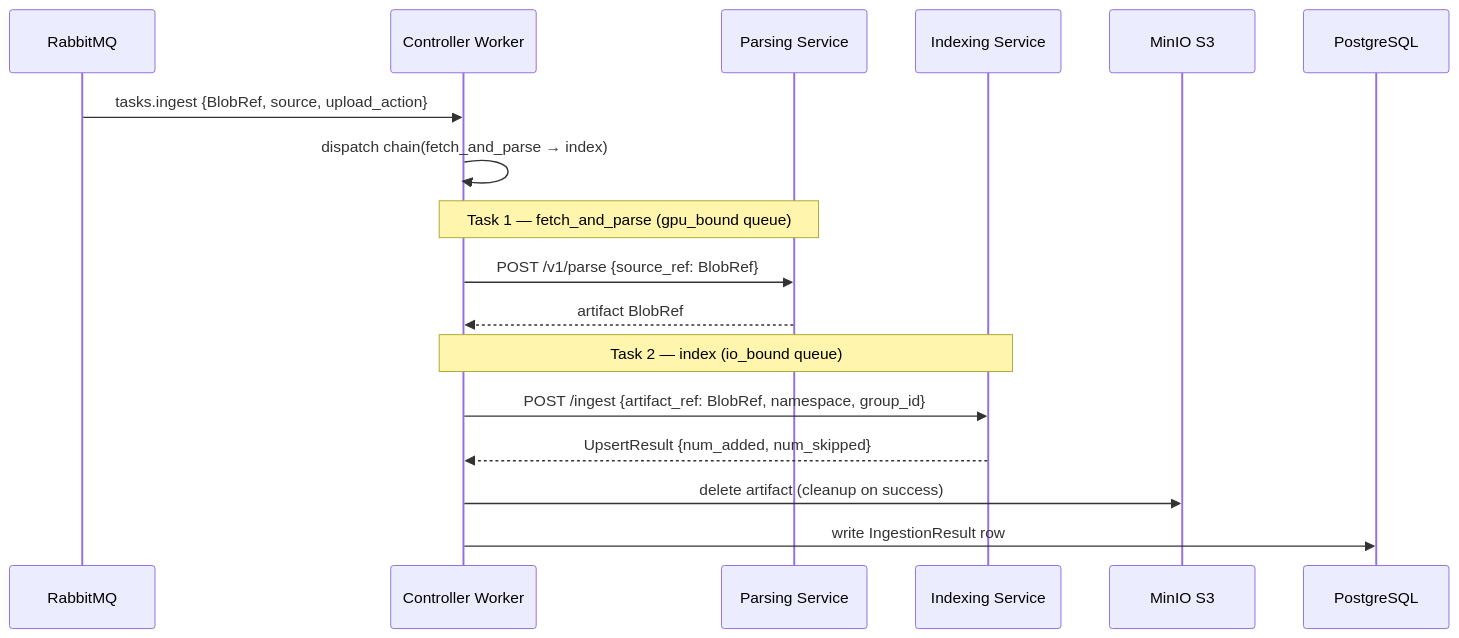
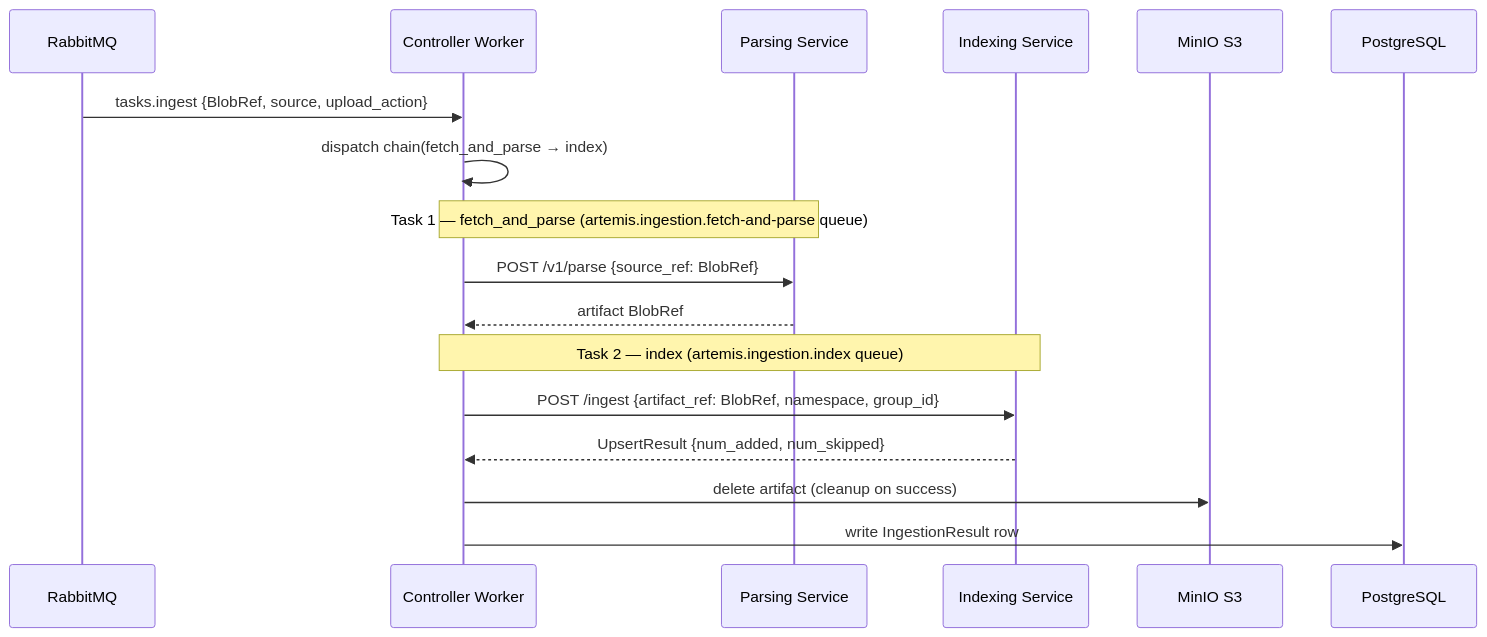
One commit to k-sparrow/artemis changed the second of 4 diagrams in docs/architecture/ingestion-subsystem.md. Above: the diagram before and after it, drawn with Mermaid. The commit also changed 3 other files, not shown here.

````diff
--- a/docs/architecture/ingestion-subsystem.md
+++ b/docs/architecture/ingestion-subsystem.md
@@ -108,23 +108,23 @@
 ```mermaid
 sequenceDiagram
     participant Q as RabbitMQ
     participant CW as Controller Worker
     participant PS as Parsing Service
     participant IS as Indexing Service
     participant S3 as MinIO S3
     participant PG as PostgreSQL
 
     Q->>CW: tasks.ingest {BlobRef, source, upload_action}
     CW->>CW: dispatch chain(fetch_and_parse → index)
 
-    note over CW,PS: Task 1 — fetch_and_parse (gpu_bound queue)
+    note over CW,PS: Task 1 — fetch_and_parse (artemis.ingestion.fetch-and-parse queue)
     CW->>PS: POST /v1/parse {source_ref: BlobRef}
     PS-->>CW: artifact BlobRef
 
-    note over CW,IS: Task 2 — index (io_bound queue)
+    note over CW,IS: Task 2 — index (artemis.ingestion.index queue)
     CW->>IS: POST /ingest {artifact_ref: BlobRef, namespace, group_id}
     IS-->>CW: UpsertResult {num_added, num_skipped}
 
     CW->>S3: delete artifact (cleanup on success)
     CW->>PG: write IngestionResult row
 ```
````
